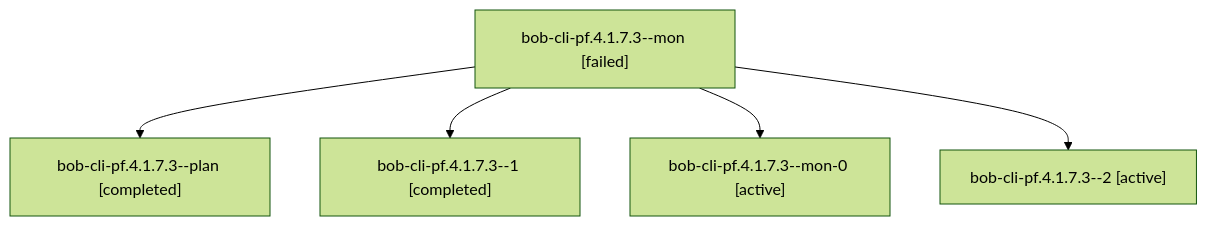
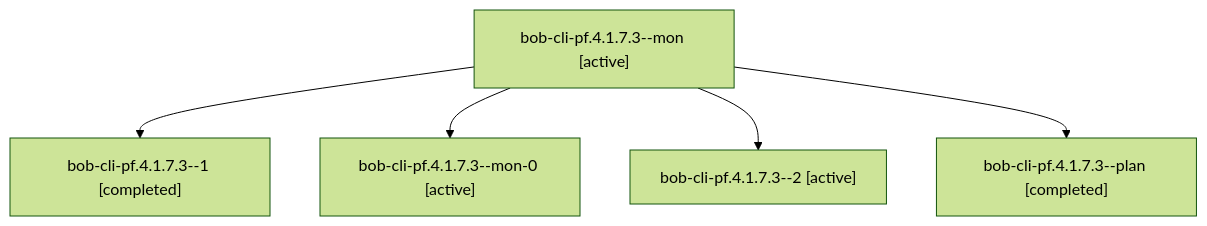
The diagram in sessions/bbugyi200.apollo.bob-cli-pf.4.1.7.3.md (bobs-org/bob-cli--agents), drawn with Mermaid (forest theme) before and after one commit. The commit also changed other lines of this file and 99 other files, not shown here.

````diff
--- a/sessions/bbugyi200.apollo.bob-cli-pf.4.1.7.3.md
+++ b/sessions/bbugyi200.apollo.bob-cli-pf.4.1.7.3.md
@@ -9,12 +9,12 @@
 ```mermaid
 flowchart TD
-  n0["bob-cli-pf.4.1.7.3--mon [failed]"]
-  n1["bob-cli-pf.4.1.7.3--plan [completed]"]
+  n0["bob-cli-pf.4.1.7.3--mon [active]"]
+  n1["bob-cli-pf.4.1.7.3--1 [completed]"]
   n0 --> n1
-  n2["bob-cli-pf.4.1.7.3--1 [completed]"]
+  n2["bob-cli-pf.4.1.7.3--mon-0 [active]"]
   n0 --> n2
-  n3["bob-cli-pf.4.1.7.3--mon-0 [active]"]
+  n3["bob-cli-pf.4.1.7.3--2 [active]"]
   n0 --> n3
-  n4["bob-cli-pf.4.1.7.3--2 [active]"]
+  n4["bob-cli-pf.4.1.7.3--plan [completed]"]
   n0 --> n4
 ```
````
